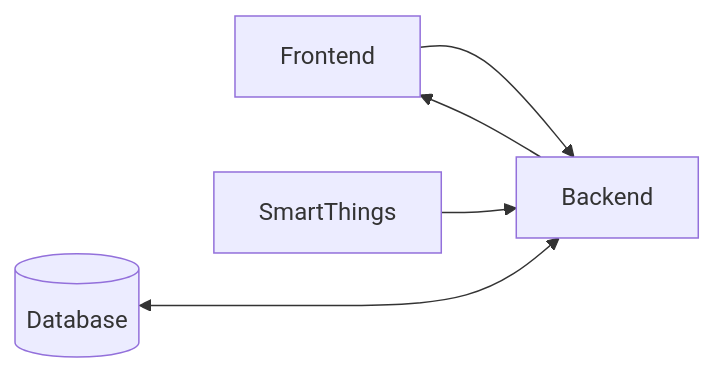
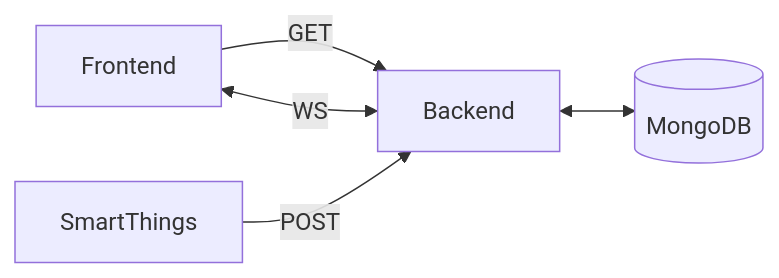
The diagram in profile/README.md (Potholes-ai/.github), drawn with Mermaid before and after one commit. The commit also changed other lines of this file, not shown here.

````diff
--- a/profile/README.md
+++ b/profile/README.md
@@ -9,10 +9,10 @@
 ```mermaid
 flowchart LR
 
-    Frontend-->Backend;
-    Backend-->Frontend;
-
-    SmartThings--> Backend;
-    id1[(Database)]<--->Backend;
+    Frontend--GET-->Backend;
+    Backend<--WS-->Frontend;
+Backend<-->id1[(MongoDB)];
+    SmartThings--POST--> Backend;
+    
 
 ```
````
